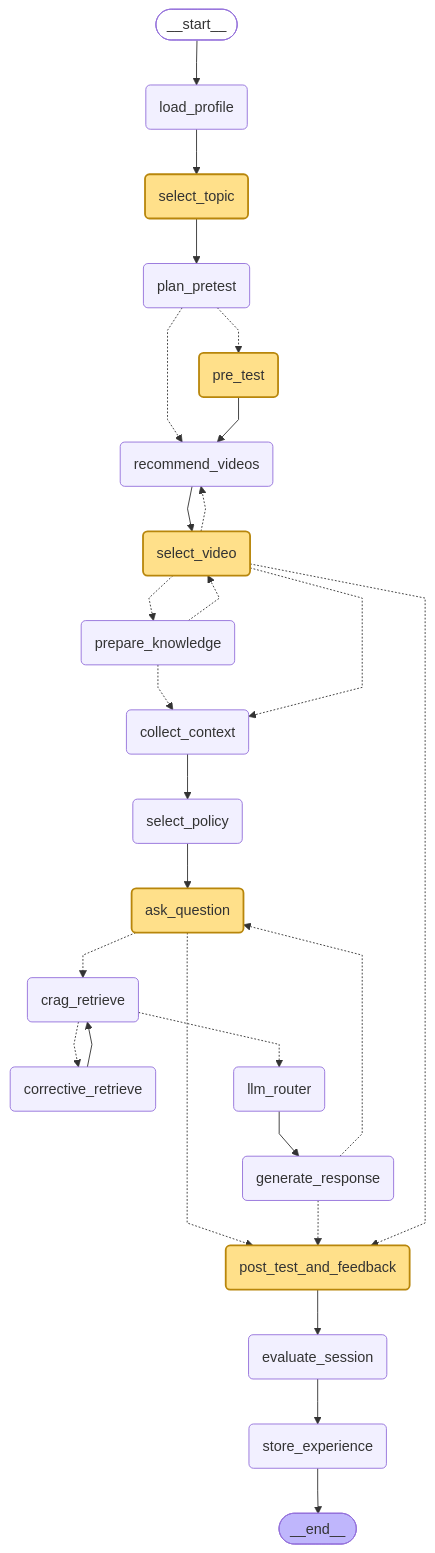
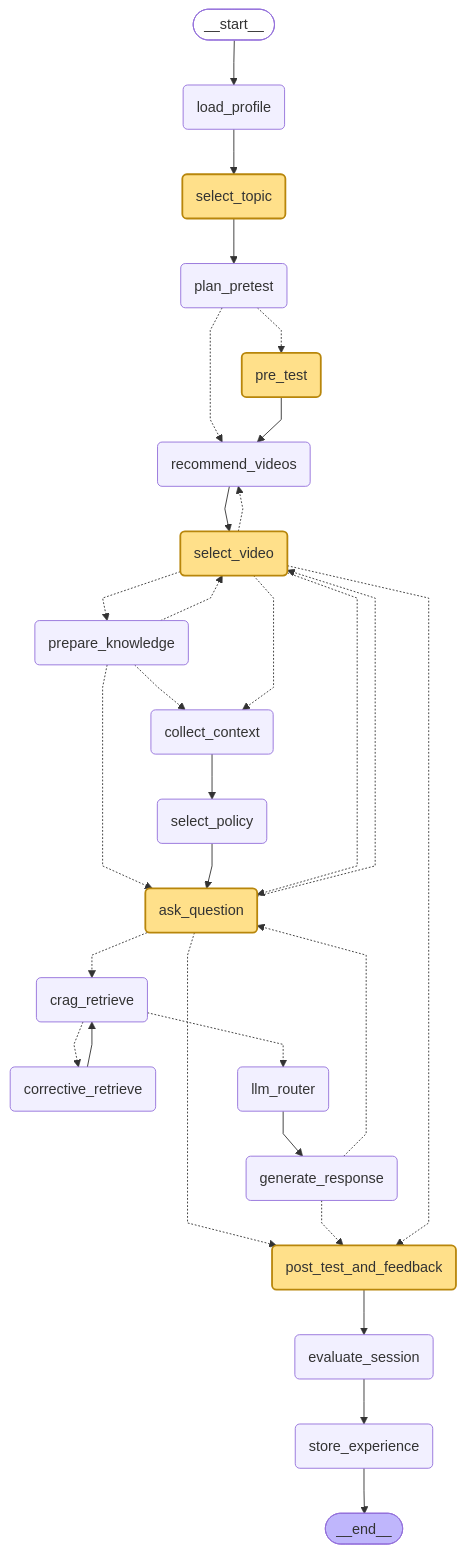
Before and after one commit to Sam3420/QoE-Aware-Self-Adaptive-Hybrid-Edge-Cloud-Educational-RAG-Assistant: the diagram in docs/agent_graph.md, drawn with Mermaid. The commit also changed 29 other files, not shown here.

````diff
--- a/docs/agent_graph.md
+++ b/docs/agent_graph.md
@@ -6,59 +6,62 @@
 ```mermaid
 ---
 config:
   flowchart:
     curve: linear
 ---
 graph TD;
 	__start__([<p>__start__</p>]):::first
 	load_profile(load_profile)
 	select_topic(select_topic)
 	plan_pretest(plan_pretest)
 	pre_test(pre_test)
 	recommend_videos(recommend_videos)
 	select_video(select_video)
 	prepare_knowledge(prepare_knowledge)
 	collect_context(collect_context)
 	select_policy(select_policy)
 	ask_question(ask_question)
 	crag_retrieve(crag_retrieve)
 	corrective_retrieve(corrective_retrieve)
 	llm_router(llm_router)
 	generate_response(generate_response)
 	post_test_and_feedback(post_test_and_feedback)
 	evaluate_session(evaluate_session)
 	store_experience(store_experience)
 	__end__([<p>__end__</p>]):::last
 	__start__ --> load_profile;
 	ask_question -.-> crag_retrieve;
 	ask_question -.-> post_test_and_feedback;
+	ask_question -.-> select_video;
 	collect_context --> select_policy;
 	corrective_retrieve --> crag_retrieve;
 	crag_retrieve -.-> corrective_retrieve;
 	crag_retrieve -.-> llm_router;
 	evaluate_session --> store_experience;
 	generate_response -.-> ask_question;
 	generate_response -.-> post_test_and_feedback;
 	llm_router --> generate_response;
 	load_profile --> select_topic;
 	plan_pretest -.-> pre_test;
 	plan_pretest -.-> recommend_videos;
 	post_test_and_feedback --> evaluate_session;
 	pre_test --> recommend_videos;
+	prepare_knowledge -.-> ask_question;
 	prepare_knowledge -.-> collect_context;
 	prepare_knowledge -.-> select_video;
 	recommend_videos --> select_video;
 	select_policy --> ask_question;
 	select_topic --> plan_pretest;
+	select_video -.-> ask_question;
 	select_video -.-> collect_context;
 	select_video -.-> post_test_and_feedback;
 	select_video -.-> prepare_knowledge;
 	select_video -.-> recommend_videos;
 	store_experience --> __end__;
 	classDef default fill:#f2f0ff,line-height:1.2
 	classDef first fill-opacity:0
 	classDef last fill:#bfb6fc
 	classDef interrupt fill:#ffe08a,stroke:#b8860b,stroke-width:2px
 	classDef stub fill:#e0e0e0,stroke:#757575,stroke-dasharray:4 3
 	class select_topic,pre_test,select_video,ask_question,post_test_and_feedback interrupt
 ```
````
